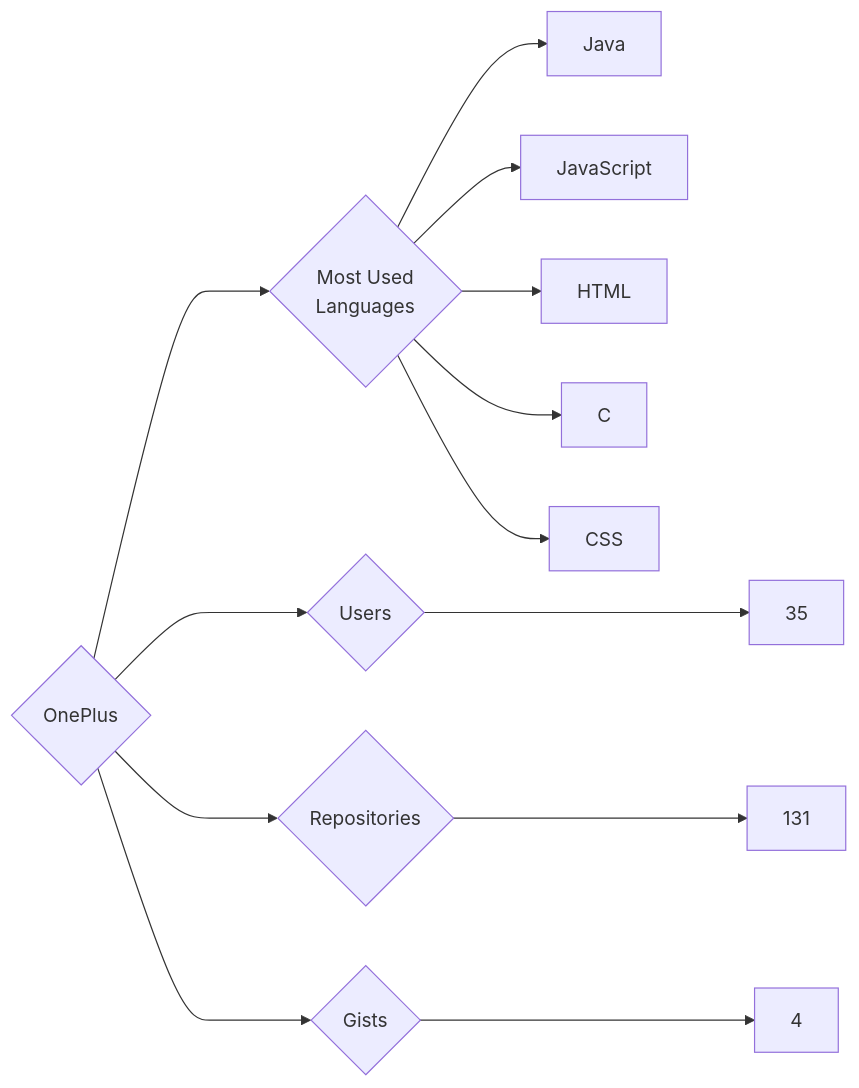
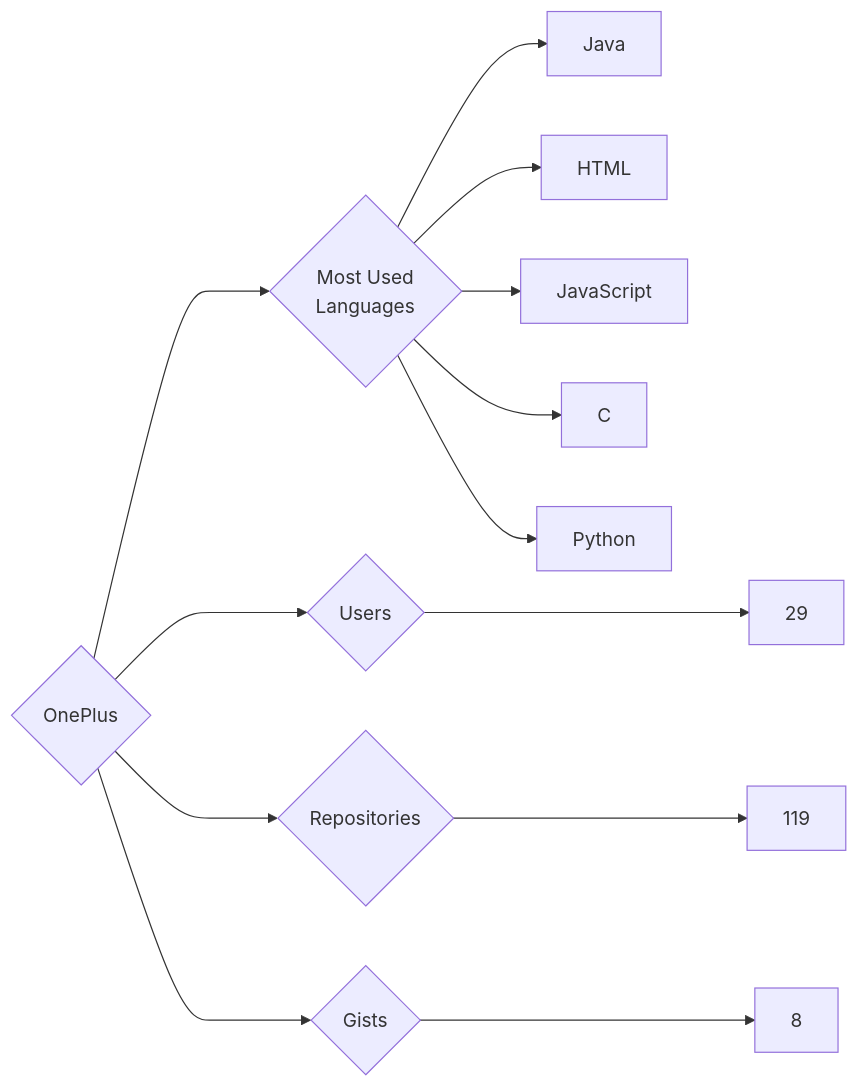
Before and after one commit to trickest/insiders: the diagram in targets/OnePlus/README.md, drawn with Mermaid. The commit also changed 939 other files, not shown here.

````diff
--- a/targets/OnePlus/README.md
+++ b/targets/OnePlus/README.md
@@ -3,13 +3,13 @@
 ```mermaid
 graph LR
 COMPANY_NAME{OnePlus}
-COMPANY_NAME ---> U{Users} ---> UN[35]
-COMPANY_NAME ---> R{Repositories} ---> RN[131]
-COMPANY_NAME ---> G{Gists} ---> GN[4]
+COMPANY_NAME ---> U{Users} ---> UN[29]
+COMPANY_NAME ---> R{Repositories} ---> RN[119]
+COMPANY_NAME ---> G{Gists} ---> GN[8]
 COMPANY_NAME ---> ML{Most Used<br>Languages}
 ML --> Java[Java]
+ML --> HTML[HTML]
 ML --> JavaScript[JavaScript]
-ML --> HTML[HTML]
 ML --> C[C]
-ML --> CSS[CSS]
+ML --> Python[Python]
 ```
````
